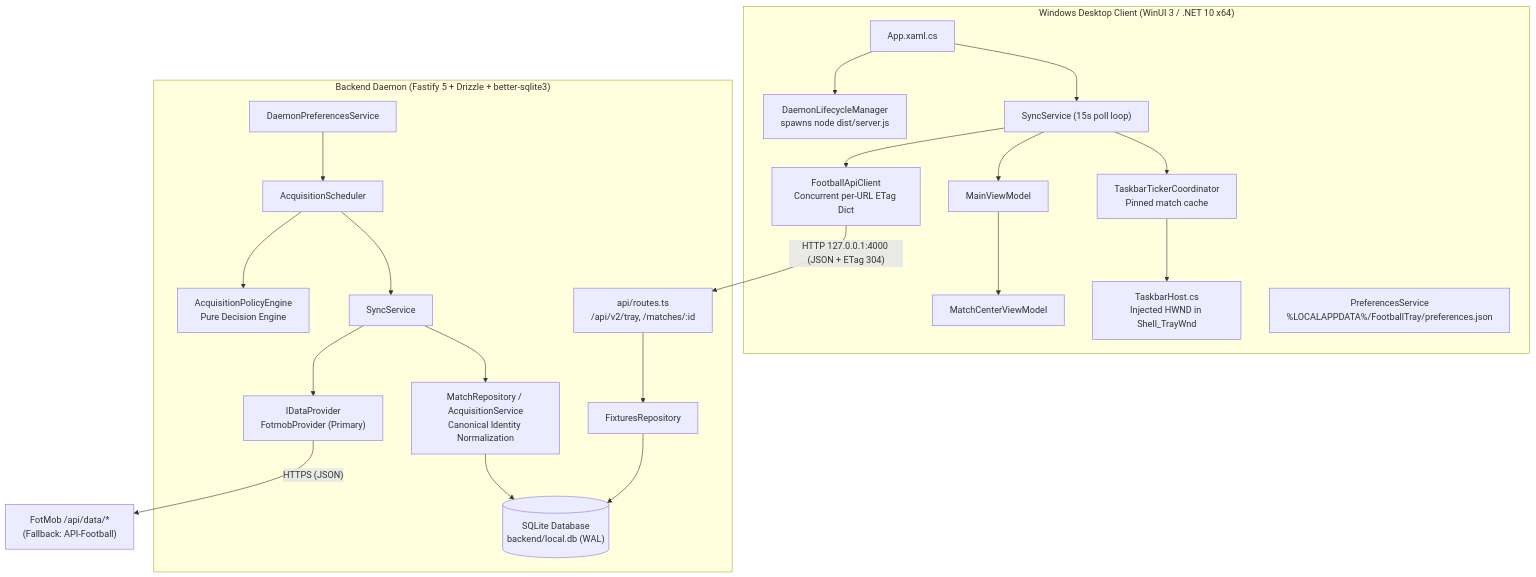
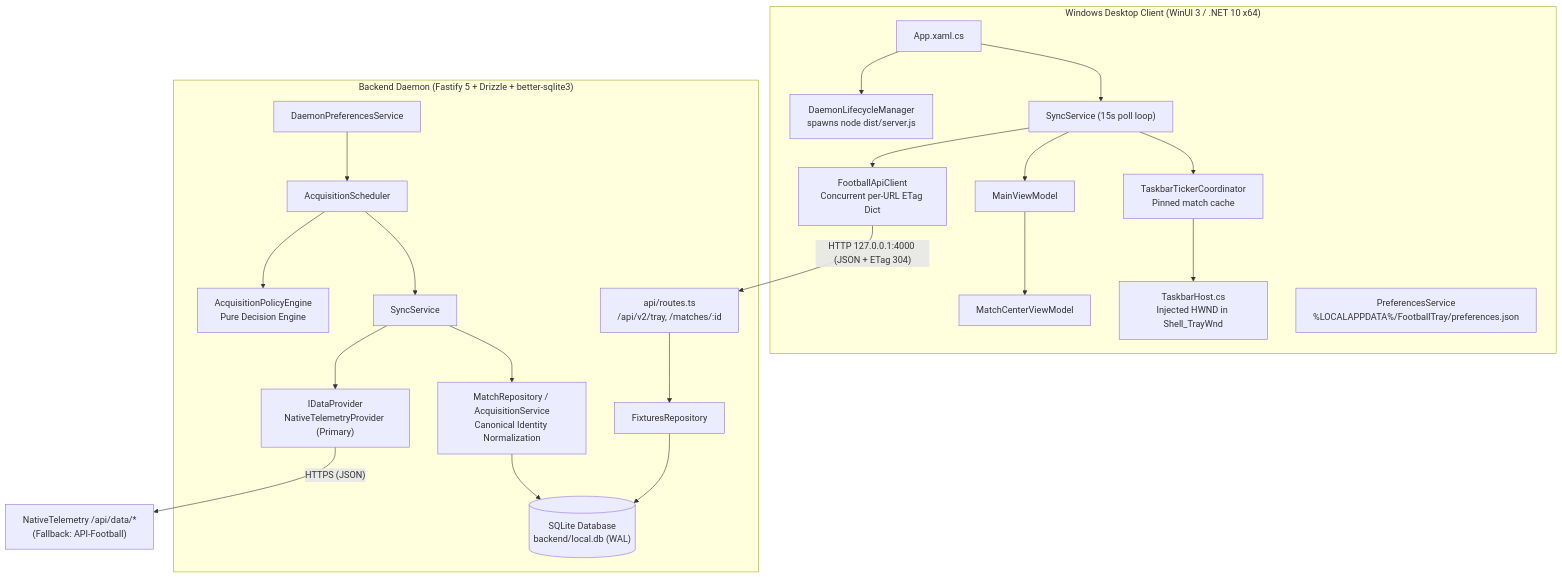
Before and after one commit to bo3abed505/FootballBar-Releases: the first of 2 diagrams in docs/PROJECT_CONTEXT_ARCHITECTURAL_REVIEW.md, drawn with Mermaid. The commit also changed other lines of this file and 8 other files, not shown here.

````diff
--- a/docs/PROJECT_CONTEXT_ARCHITECTURAL_REVIEW.md
+++ b/docs/PROJECT_CONTEXT_ARCHITECTURAL_REVIEW.md
@@ -38,26 +38,26 @@
 ```mermaid
 flowchart TD
   subgraph ClientApp["Windows Desktop Client (WinUI 3 / .NET 10 x64)"]
     AppStartup["App.xaml.cs"] --> DaemonManager["DaemonLifecycleManager<br/>spawns node dist/server.js"]
     AppStartup --> SyncLoop["SyncService (15s poll loop)"]
     SyncLoop --> ApiClient["FootballApiClient<br/>Concurrent per-URL ETag Dict"]
     SyncLoop --> MainVM["MainViewModel"]
     SyncLoop --> TickerCoord["TaskbarTickerCoordinator<br/>Pinned match cache"]
     TickerCoord --> NativeTaskbar["TaskbarHost.cs<br/>Injected HWND in Shell_TrayWnd"]
     MainVM --> MatchCenterVM["MatchCenterViewModel"]
     LocalPrefs["PreferencesService<br/>%LOCALAPPDATA%/FootballTray/preferences.json"]
   end
 
   subgraph LocalDaemon["Backend Daemon (Fastify 5 + Drizzle + better-sqlite3)"]
     HttpRoutes["api/routes.ts<br/>/api/v2/tray, /matches/:id"] --> FixturesRepo["FixturesRepository"]
     Scheduler["AcquisitionScheduler"] --> PolicyEngine["AcquisitionPolicyEngine<br/>Pure Decision Engine"]
-    Scheduler --> SyncEngine["SyncService"] --> ActiveProvider["IDataProvider<br/>FotmobProvider (Primary)"]
+    Scheduler --> SyncEngine["SyncService"] --> ActiveProvider["IDataProvider<br/>NativeTelemetryProvider (Primary)"]
     SyncEngine --> MatchRepo["MatchRepository / AcquisitionService<br/>Canonical Identity Normalization"]
     MatchRepo --> SqliteDb[("SQLite Database<br/>backend/local.db (WAL)")]
     FixturesRepo --> SqliteDb
     DaemonPrefs["DaemonPreferencesService"] --> Scheduler
   end
 
   ApiClient -- "HTTP 127.0.0.1:4000 (JSON + ETag 304)" --> HttpRoutes
-  ActiveProvider -- "HTTPS (JSON)" --> ExternalProvider["FotMob /api/data/*<br/>(Fallback: API-Football)"]
+  ActiveProvider -- "HTTPS (JSON)" --> ExternalProvider["NativeTelemetry /api/data/*<br/>(Fallback: API-Football)"]
 ```
````
